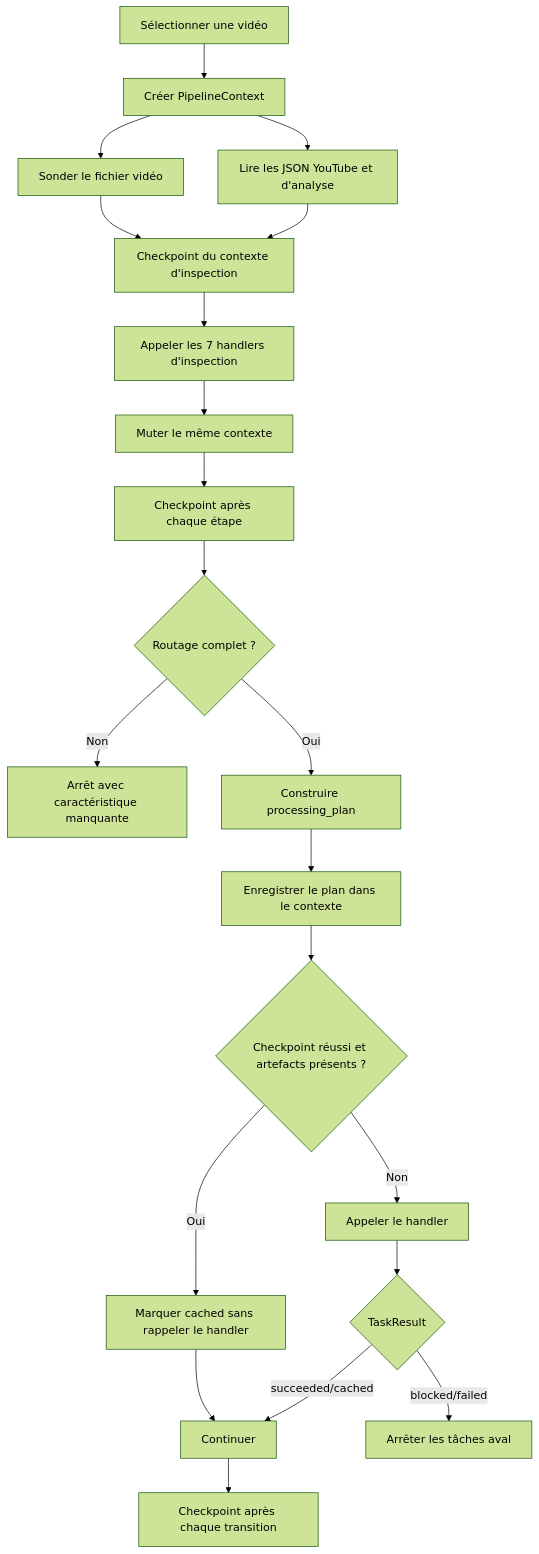
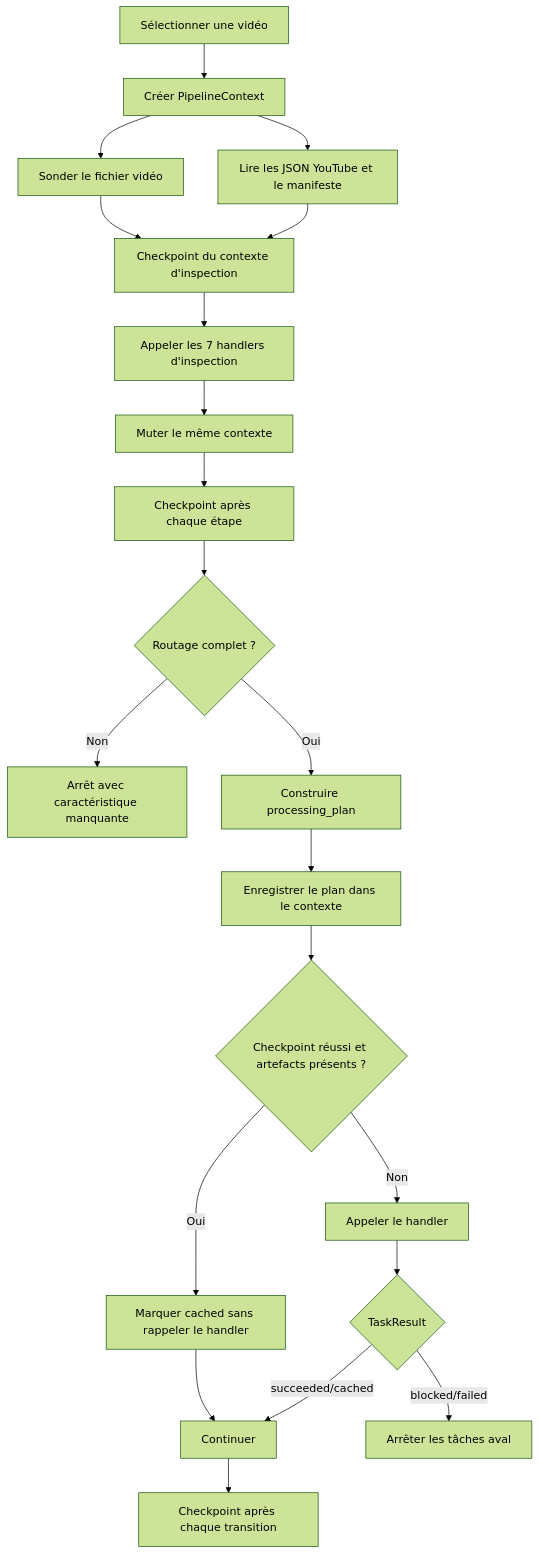
One commit to tangmomb/rag_ionis changed the diagram in README.md. Above: the diagram before and after it, drawn with Mermaid (forest theme). The commit also changed other lines of this file and 23 other files, not shown here.

Commit message:
Document pipeline architecture and argparse examples

````diff
--- a/README.md
+++ b/README.md
@@ -138,23 +137,23 @@
 ```mermaid
 flowchart TD
     A["Sélectionner une vidéo"] --> B["Créer PipelineContext"]
     B --> C["Sonder le fichier vidéo"]
-    B --> D["Lire les JSON YouTube et d'analyse"]
+    B --> D["Lire les JSON YouTube et le manifeste"]
     C --> E["Checkpoint du contexte d'inspection"]
     D --> E
     E --> F["Appeler les 7 handlers d'inspection"]
     F --> G["Muter le même contexte"]
     G --> H["Checkpoint après chaque étape"]
     H --> I{"Routage complet ?"}
     I -- Non --> J["Arrêt avec caractéristique manquante"]
     I -- Oui --> K["Construire processing_plan"]
     K --> L["Enregistrer le plan dans le contexte"]
     L --> M{"Checkpoint réussi et artefacts présents ?"}
     M -- Oui --> N["Marquer cached sans rappeler le handler"]
     M -- Non --> O["Appeler le handler"]
     O --> P{"TaskResult"}
     P -- succeeded/cached --> Q["Continuer"]
     P -- blocked/failed --> R["Arrêter les tâches aval"]
     N --> Q
     Q --> S["Checkpoint après chaque transition"]
 ```
````
